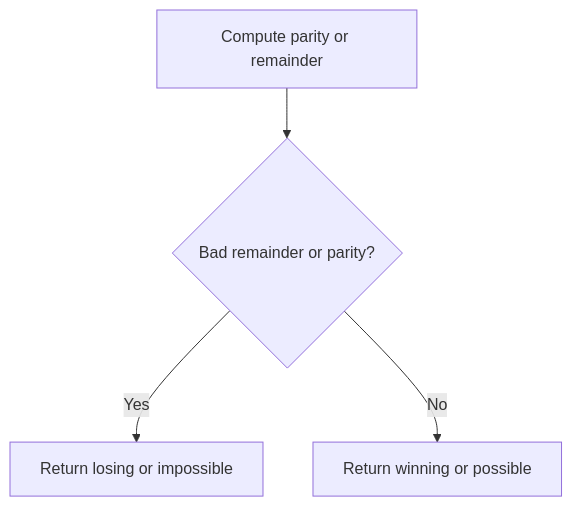
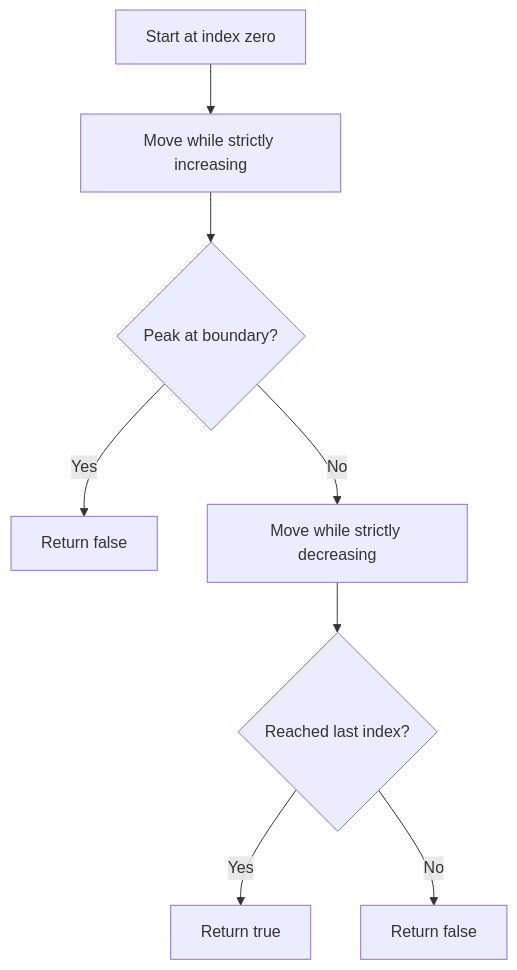
Before and after one commit to mthaiseer/springcloud-systemdesign-notes: the ninth of 23 diagrams in CP_DSA_NOTES/001_TOPIC_WISE/013_ADHOC_PROBLEMS.md, drawn with Mermaid. The commit also changed other lines of this file and 1 other file, not shown here.

````diff
--- a/CP_DSA_NOTES/001_TOPIC_WISE/013_ADHOC_PROBLEMS.md
+++ b/CP_DSA_NOTES/001_TOPIC_WISE/013_ADHOC_PROBLEMS.md
@@ -936,6 +616,10 @@
 ```mermaid
 flowchart TD
-    A["Compute parity or remainder"] --> B{"Bad remainder or parity?"}
-    B -->|Yes| C["Return losing or impossible"]
-    B -->|No| D["Return winning or possible"]
+    A["Start at index zero"] --> B["Move while strictly increasing"]
+    B --> C{"Peak at boundary?"}
+    C -->|Yes| D["Return false"]
+    C -->|No| E["Move while strictly decreasing"]
+    E --> F{"Reached last index?"}
+    F -->|Yes| G["Return true"]
+    F -->|No| H["Return false"]
 ```
````
